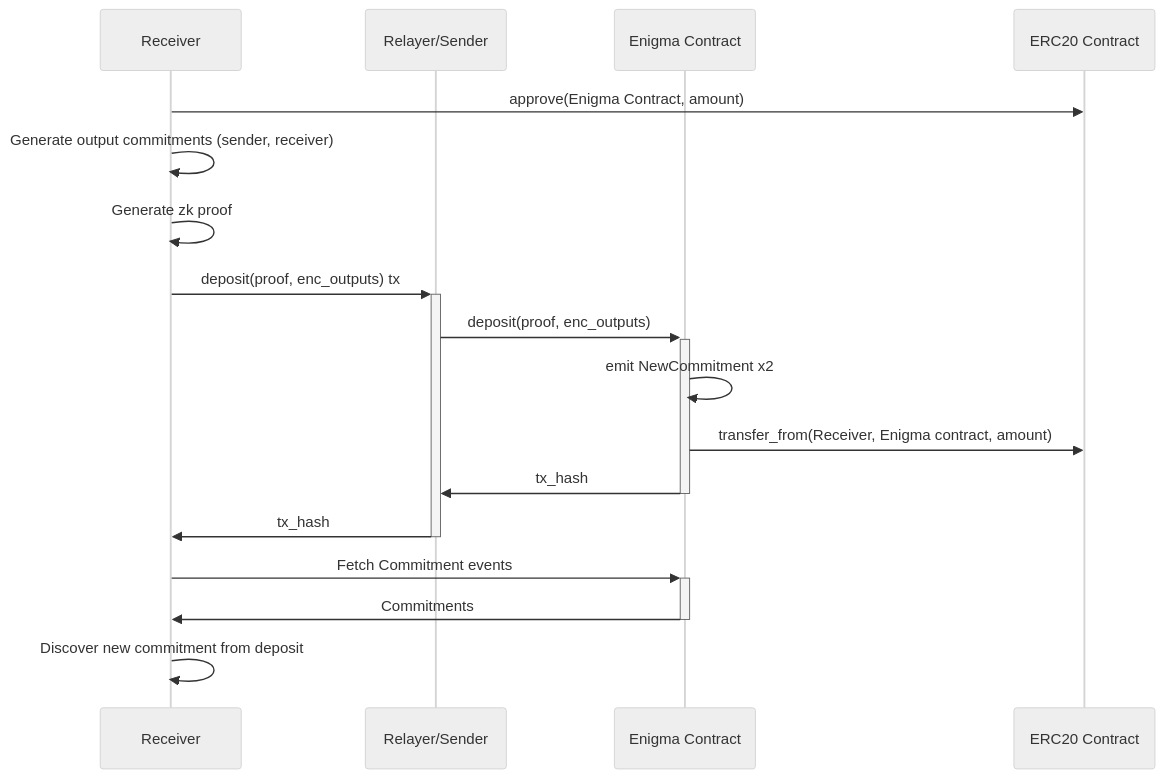
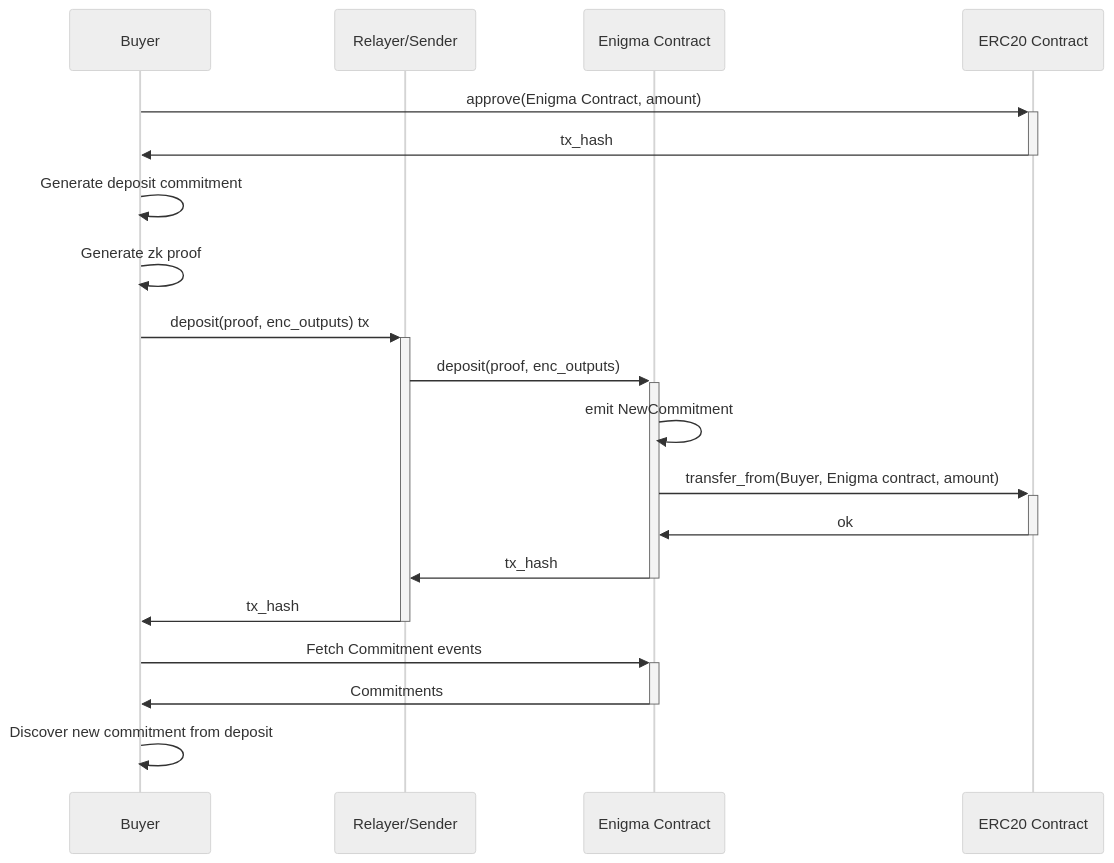
The third of 4 diagrams in README.md (wakeuplabs-io/starkware-private-erc20), drawn with Mermaid (neutral theme) before and after one commit. The commit also changed other lines of this file, not shown here.

````diff
--- a/README.md
+++ b/README.md
@@ -146,25 +146,27 @@
 ```mermaid
 sequenceDiagram
-    participant Receiver
+    participant Buyer
     participant Relayer as Relayer/Sender
     participant Enigma Contract
     participant ERC20 Contract
 
     %% generate transaction
-    Receiver->>ERC20 Contract: approve(Enigma Contract, amount)
-    Receiver->>Receiver: Generate output commitments (sender, receiver)
-    Receiver->>Receiver: Generate zk proof
+    Buyer->>+ERC20 Contract: approve(Enigma Contract, amount)
+    ERC20 Contract->>-Buyer: tx_hash
+    Buyer->>Buyer: Generate deposit commitment
+    Buyer->>Buyer: Generate zk proof
 
     %% submit transaction
-    Receiver->>+Relayer: deposit(proof, enc_outputs) tx
+    Buyer->>+Relayer: deposit(proof, enc_outputs) tx
     Relayer->>+Enigma Contract: deposit(proof, enc_outputs)
-    Enigma Contract->>Enigma Contract: emit NewCommitment x2
-    Enigma Contract->>ERC20 Contract: transfer_from(Receiver, Enigma contract, amount)
+    Enigma Contract->>Enigma Contract: emit NewCommitment 
+    Enigma Contract->>+ERC20 Contract: transfer_from(Buyer, Enigma contract, amount)
+    ERC20 Contract->>-Enigma Contract: ok
     Enigma Contract->>-Relayer: tx_hash
-    Relayer->>-Receiver: tx_hash
+    Relayer->>-Buyer: tx_hash
 
-    %% receiver discovers new balance
-    Receiver->>+Enigma Contract: Fetch Commitment events
-    Enigma Contract->>-Receiver: Commitments
-    Receiver->>Receiver: Discover new commitment from deposit
+    %% Buyer discovers new balance
+    Buyer->>+Enigma Contract: Fetch Commitment events
+    Enigma Contract->>-Buyer: Commitments
+    Buyer->>Buyer: Discover new commitment from deposit
 ```
````
